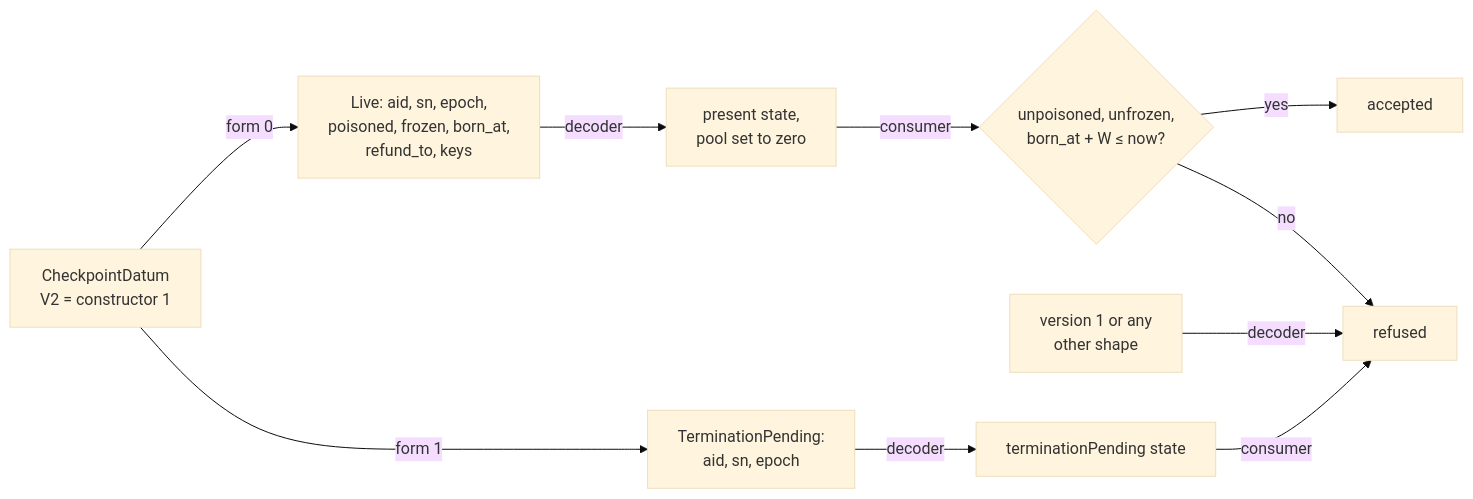
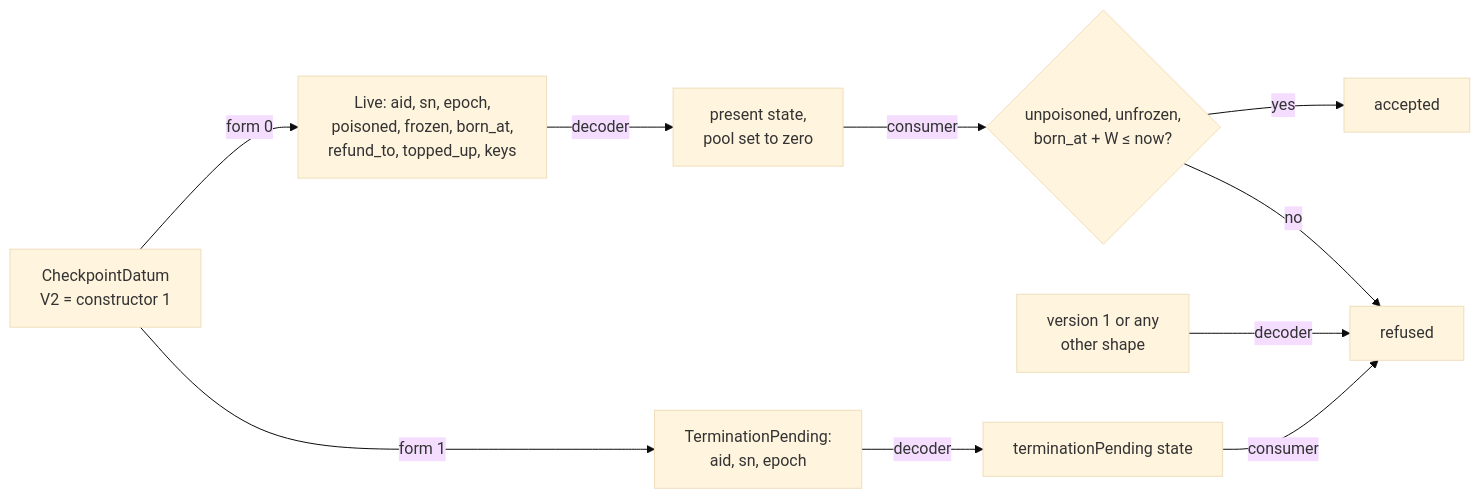
Before and after one commit to lambdasistemi/cardano-keri: the third of 4 diagrams in docs/design/consumer-identity.md, drawn with Mermaid (base theme). The commit also changed other lines of this file and 23 other files, not shown here.

````diff
--- a/docs/design/consumer-identity.md
+++ b/docs/design/consumer-identity.md
@@ -162,12 +162,12 @@
 ```mermaid
 flowchart LR
-  D["CheckpointDatum<br/>V2 = constructor 1"] -->|form 0| L["Live: aid, sn, epoch,<br/>poisoned, frozen, born_at,<br/>refund_to, keys"]
+  D["CheckpointDatum<br/>V2 = constructor 1"] -->|form 0| L["Live: aid, sn, epoch,<br/>poisoned, frozen, born_at,<br/>refund_to, topped_up, keys"]
   D -->|form 1| P["TerminationPending:<br/>aid, sn, epoch"]
   L -->|decoder| S["present state,<br/>pool set to zero"]
   P -->|decoder| T["terminationPending state"]
   O["version 1 or any<br/>other shape"] -->|decoder| R["refused"]
   S -->|consumer| V{"unpoisoned, unfrozen,<br/>born_at + W ≤ now?"}
   V -->|yes| A["accepted"]
   V -->|no| R
   T -->|consumer| R
 ```
````
